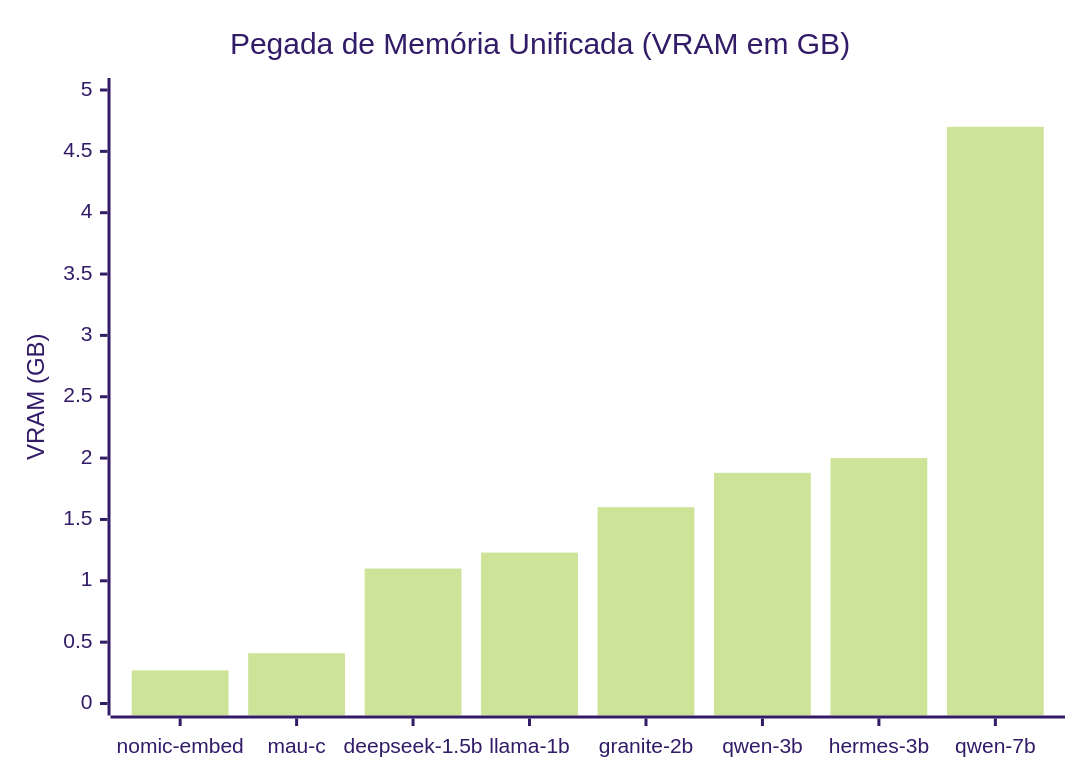
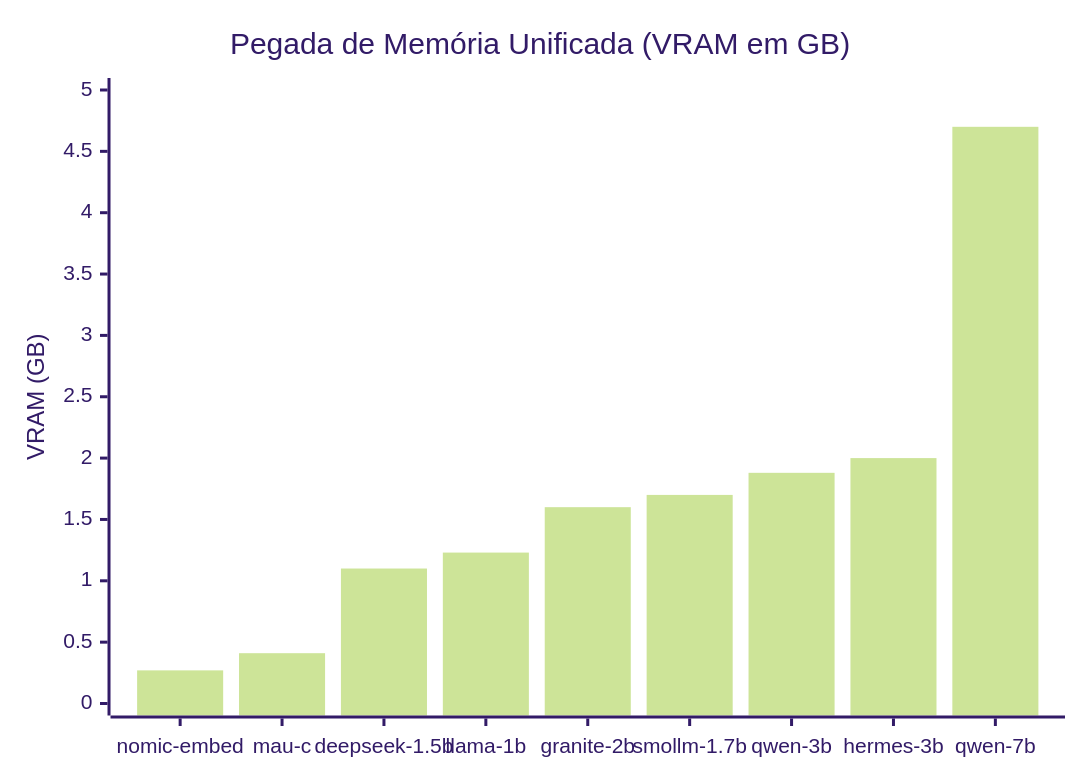
The second of 6 diagrams in README.md (Helfstein-one/gravitational-singularity), drawn with Mermaid (forest theme) before and after one commit. The commit also changed other lines of this file and 9 other files, not shown here.

````diff
--- a/README.md
+++ b/README.md
@@ -147,7 +147,7 @@
 ```mermaid
 xychart-beta
     title "Pegada de Memória Unificada (VRAM em GB)"
-    x-axis ["nomic-embed", "mau-c", "deepseek-1.5b", "llama-1b", "granite-2b", "qwen-3b", "hermes-3b", "qwen-7b"]
+    x-axis ["nomic-embed", "mau-c", "deepseek-1.5b", "llama-1b", "granite-2b", "smollm-1.7b", "qwen-3b", "hermes-3b", "qwen-7b"]
     y-axis "VRAM (GB)" 0 --> 5
-    bar [0.27, 0.41, 1.10, 1.23, 1.60, 1.88, 2.00, 4.70]
+    bar [0.27, 0.41, 1.10, 1.23, 1.60, 1.70, 1.88, 2.00, 4.70]
 ```
````
